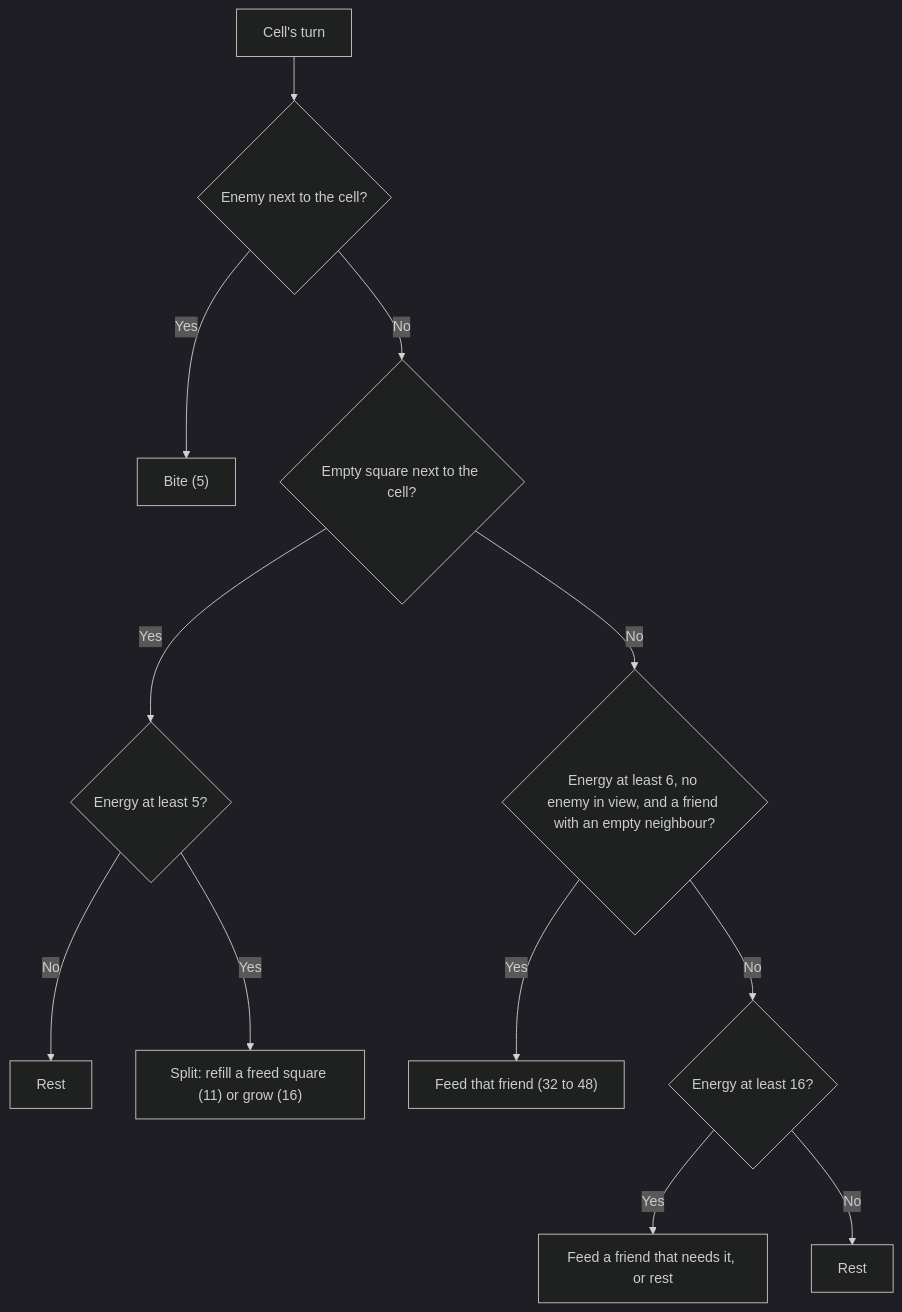
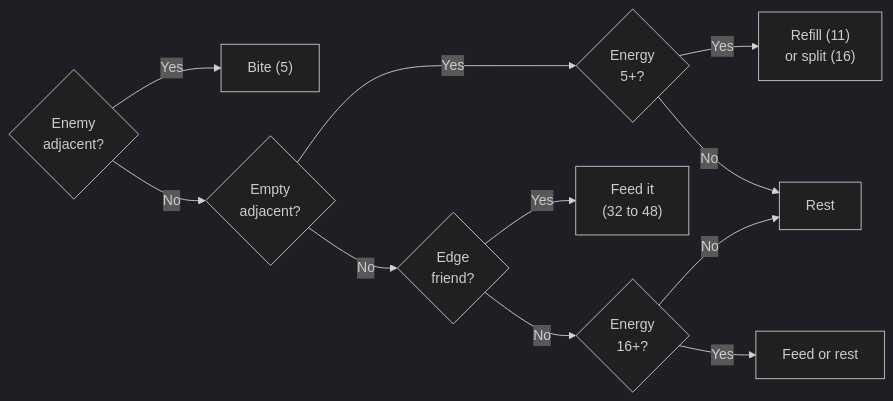
One commit to avarice-dev/AI-CellHack2 changed the diagram in architecture/cell-assembly.md. Above: the diagram before and after it, drawn with Mermaid (dark theme). The commit also changed other lines of this file, not shown here.

Commit message:
docs: compact left-to-right decision diagram in cell-assembly.md

````diff
--- a/architecture/cell-assembly.md
+++ b/architecture/cell-assembly.md
@@ -13,14 +13,13 @@
 ```mermaid
-flowchart TD
-    A["Cell's turn"] --> B{"Enemy next to the cell?"}
-    B -- Yes --> BITE["Bite (5)"]
-    B -- No --> C{"Empty square next to the cell?"}
-    C -- Yes --> D{"Energy at least 5?"}
-    D -- No --> REST1["Rest"]
-    D -- Yes --> SPLIT["Split: refill a freed square (11) or grow (16)"]
-    C -- No --> E{"Energy at least 6, no enemy in view, and a friend with an empty neighbour?"}
-    E -- Yes --> FEED["Feed that friend (32 to 48)"]
-    E -- No --> G{"Energy at least 16?"}
-    G -- Yes --> FEED2["Feed a friend that needs it, or rest"]
-    G -- No --> REST2["Rest"]
+flowchart LR
+    B{"Enemy<br/>adjacent?"} -- Yes --> BITE["Bite (5)"]
+    B -- No --> C{"Empty<br/>adjacent?"}
+    C -- Yes --> D{"Energy<br/>5+?"}
+    D -- Yes --> SPLIT["Refill (11)<br/>or split (16)"]
+    D -- No --> REST["Rest"]
+    C -- No --> E{"Edge<br/>friend?"}
+    E -- Yes --> FEED["Feed it<br/>(32 to 48)"]
+    E -- No --> G{"Energy<br/>16+?"}
+    G -- Yes --> FEED2["Feed or rest"]
+    G -- No --> REST
 ```
````
